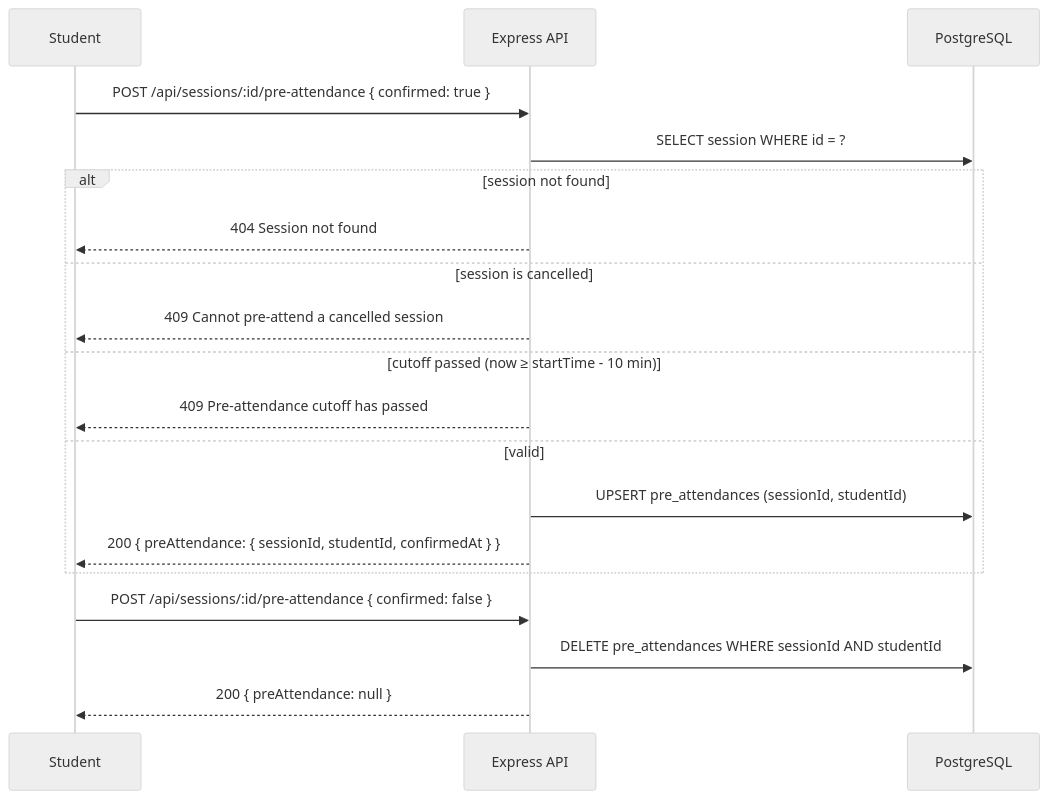
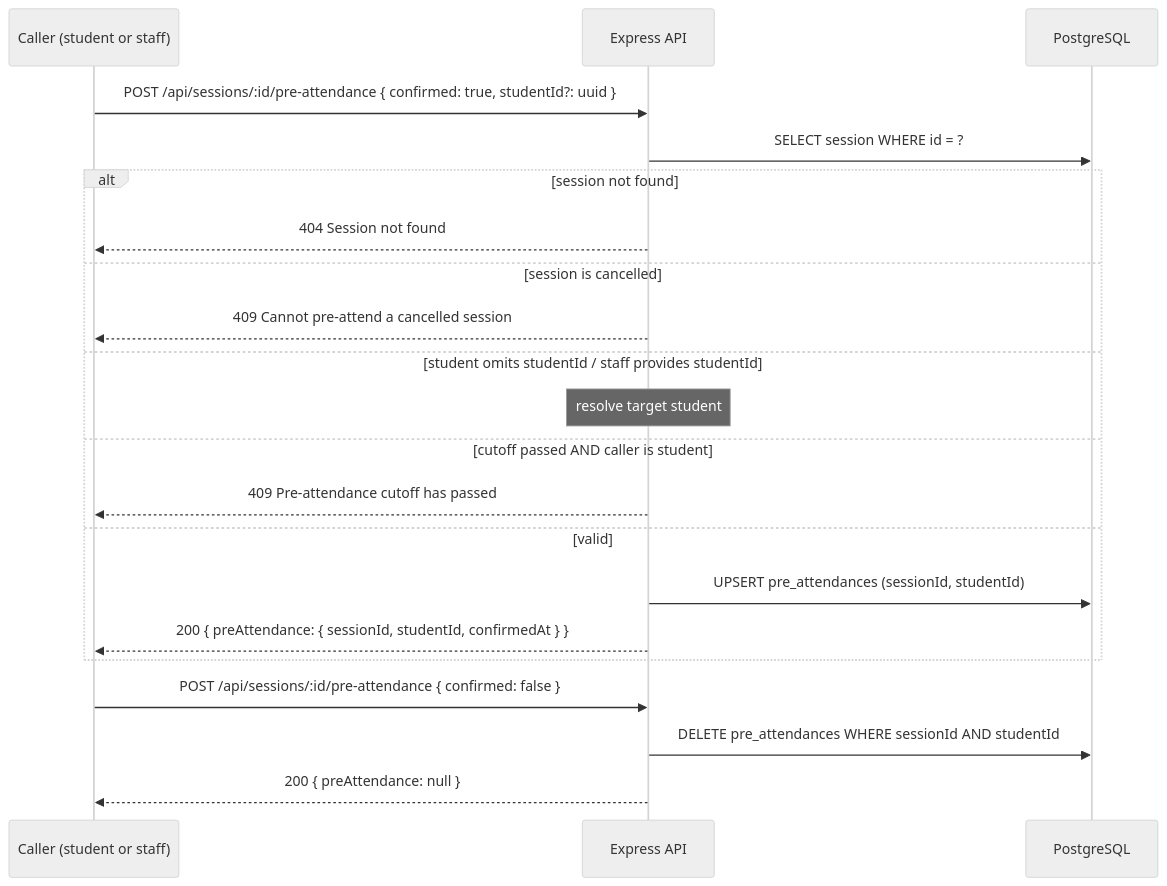
The first of 2 diagrams in docs/design/06-attendance-flow.md (armmarov/stf-chess), drawn with Mermaid (neutral theme) before and after one commit. The commit also changed other lines of this file and 9 other files, not shown here.

First line of the commit message:
feat: staff pre-attendance + group attendance fields on mobile

````diff
--- a/docs/design/06-attendance-flow.md
+++ b/docs/design/06-attendance-flow.md
@@ -22,23 +23,25 @@
 ```mermaid
 sequenceDiagram
-    participant S as Student
+    participant C as Caller (student or staff)
     participant API as Express API
     participant DB as PostgreSQL
 
-    S->>API: POST /api/sessions/:id/pre-attendance { confirmed: true }
+    C->>API: POST /api/sessions/:id/pre-attendance { confirmed: true, studentId?: uuid }
     API->>DB: SELECT session WHERE id = ?
     alt session not found
-        API-->>S: 404 Session not found
+        API-->>C: 404 Session not found
     else session is cancelled
-        API-->>S: 409 Cannot pre-attend a cancelled session
-    else cutoff passed (now ≥ startTime - 10 min)
-        API-->>S: 409 Pre-attendance cutoff has passed
+        API-->>C: 409 Cannot pre-attend a cancelled session
+    else student omits studentId / staff provides studentId
+        note over API: resolve target student
+    else cutoff passed AND caller is student
+        API-->>C: 409 Pre-attendance cutoff has passed
     else valid
         API->>DB: UPSERT pre_attendances (sessionId, studentId)
-        API-->>S: 200 { preAttendance: { sessionId, studentId, confirmedAt } }
+        API-->>C: 200 { preAttendance: { sessionId, studentId, confirmedAt } }
     end
 
-    S->>API: POST /api/sessions/:id/pre-attendance { confirmed: false }
+    C->>API: POST /api/sessions/:id/pre-attendance { confirmed: false }
     API->>DB: DELETE pre_attendances WHERE sessionId AND studentId
-    API-->>S: 200 { preAttendance: null }
+    API-->>C: 200 { preAttendance: null }
 ```
````
